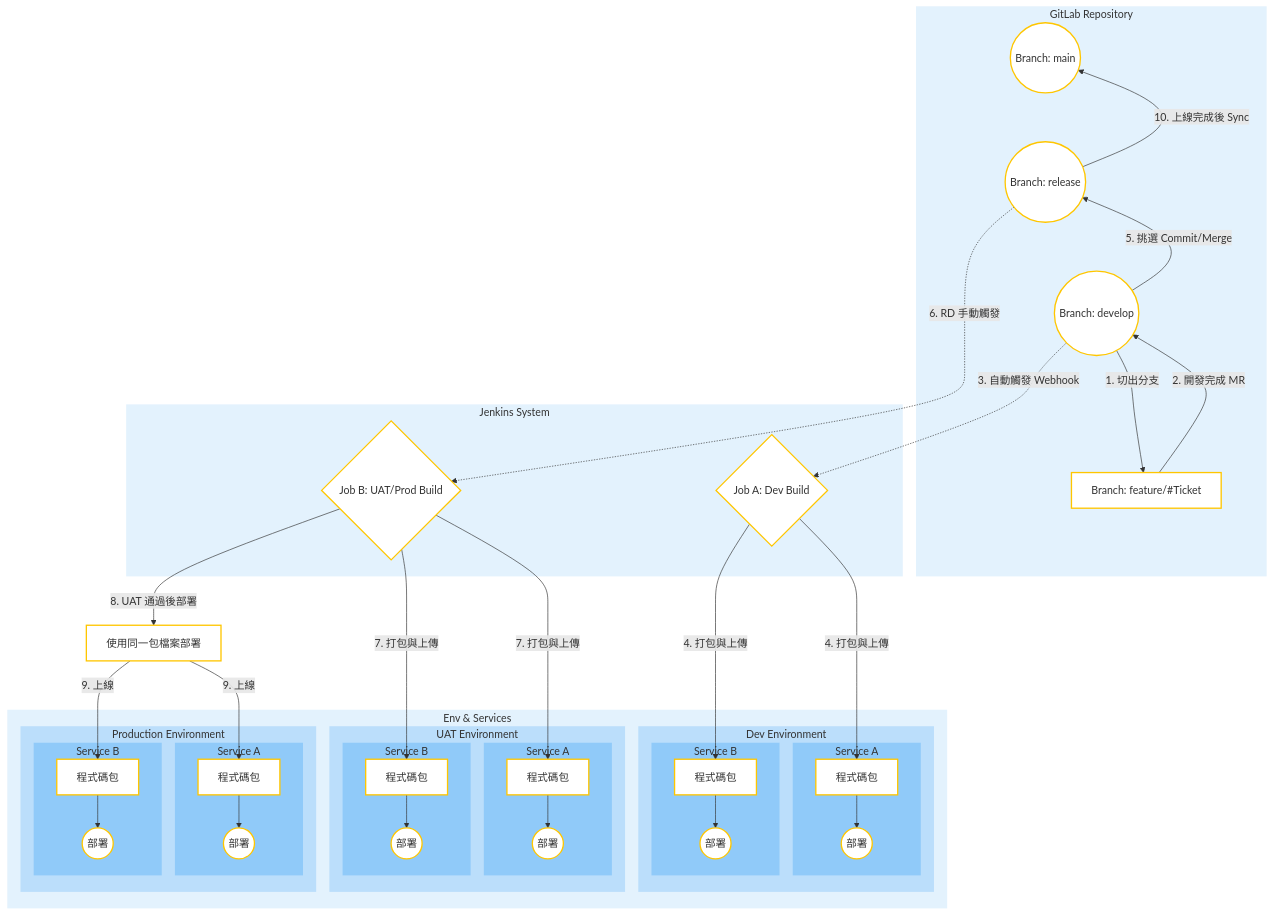
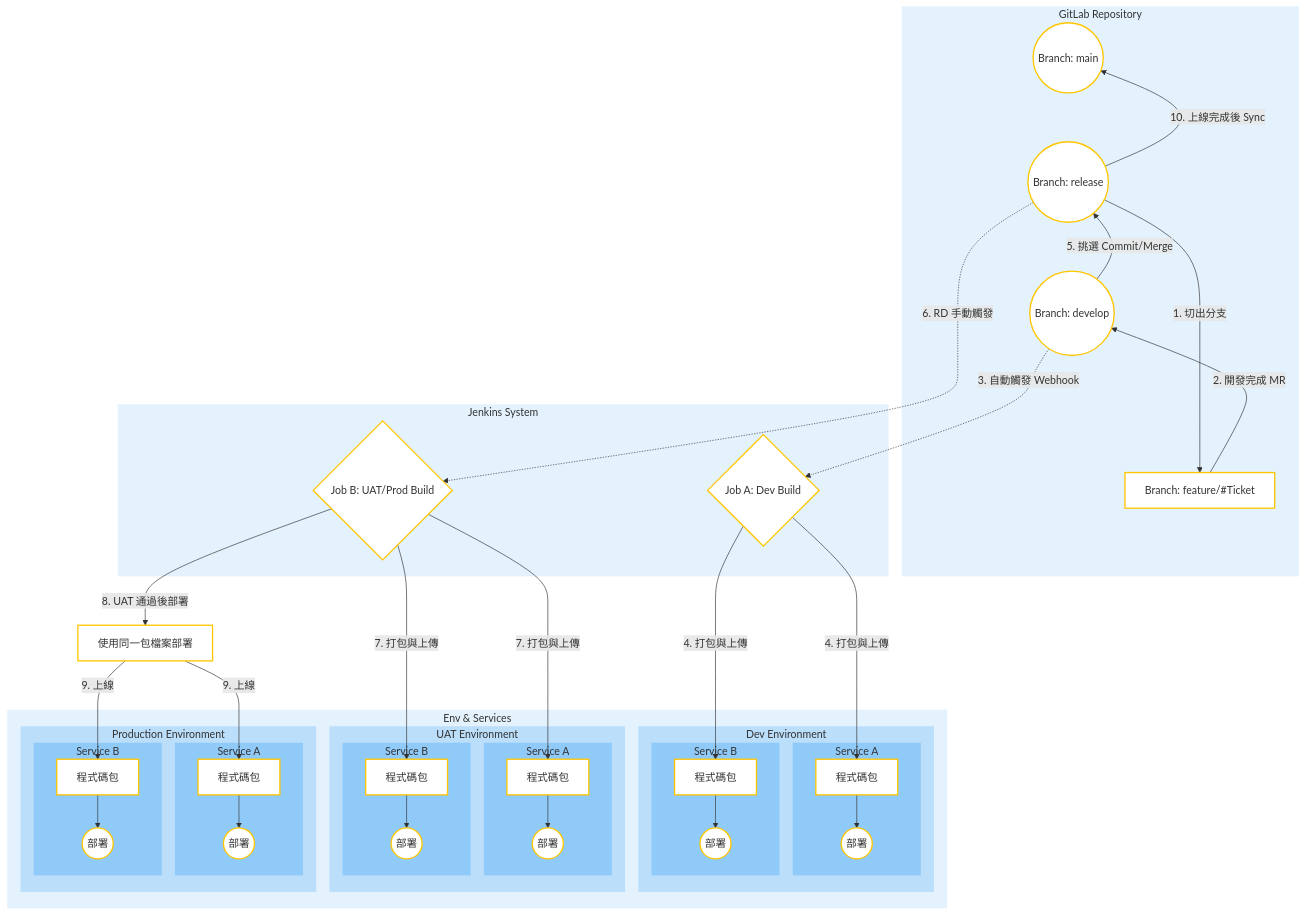
The second of 2 diagrams in SIT/ReleaseWorkFlow.md (almightyken0425/KnowledgeVault), drawn with Mermaid before and after one commit. The commit also changed other lines of this file, not shown here.

```diff
--- a/SIT/ReleaseWorkFlow.md
+++ b/SIT/ReleaseWorkFlow.md
@@ -109,7 +111,7 @@
     end
 
     %% 流程線
-    Develop -->|1. 切出分支| Feature
+    Release -->|1. 切出分支| Feature
     Feature -->|2. 開發完成 MR| Develop
 
     Develop -.->|3. 自動觸發 Webhook| JobA
```
